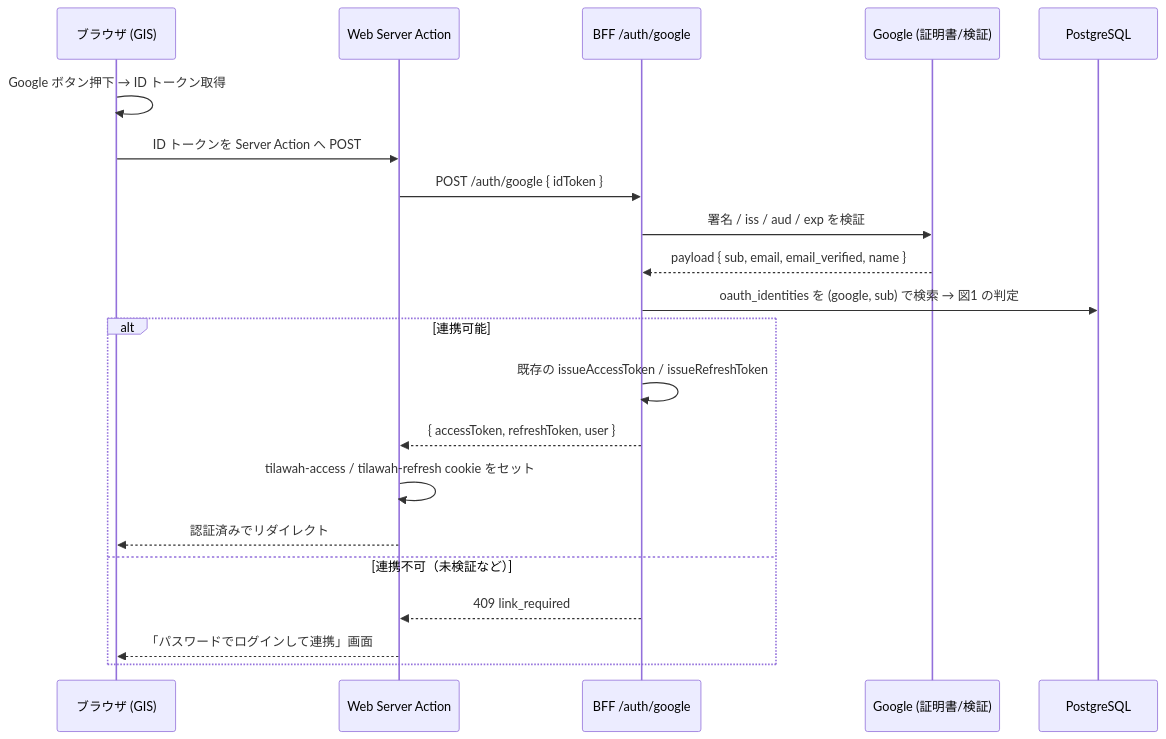
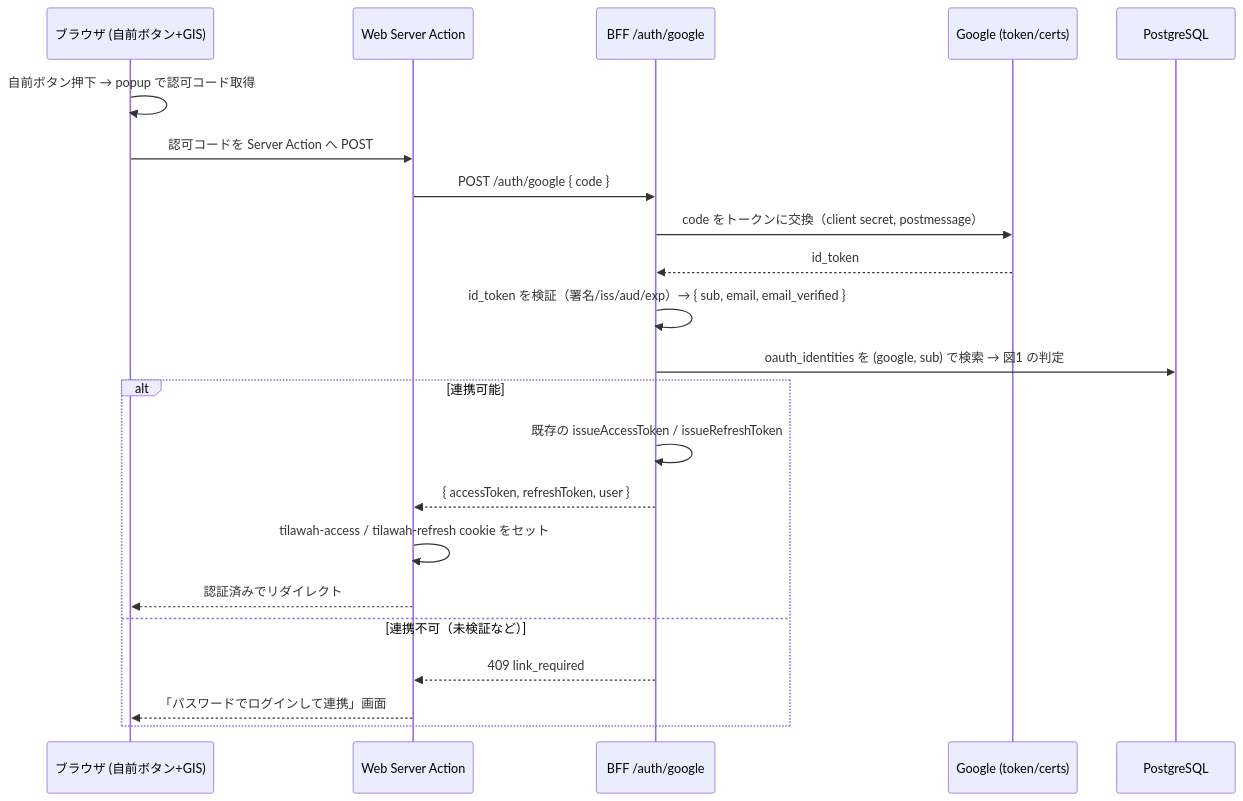
The second of 2 diagrams in docs/dd/google-sign-in-web-2-dd.md (0muji4/quran), drawn with Mermaid before and after one commit. The commit also changed other lines of this file and 8 other files, not shown here.

First line of the commit message:
feat(auth): switch Google sign-in to custom button via OAuth code flow (#511)

````diff
--- a/docs/dd/google-sign-in-web-2-dd.md
+++ b/docs/dd/google-sign-in-web-2-dd.md
@@ -142,24 +146,25 @@
 ```mermaid
 sequenceDiagram
-    participant U as ブラウザ (GIS)
+    participant U as ブラウザ (自前ボタン+GIS)
     participant W as Web Server Action
     participant B as BFF /auth/google
-    participant G as Google (証明書/検証)
+    participant G as Google (token/certs)
     participant DB as PostgreSQL
 
-    U->>U: Google ボタン押下 → ID トークン取得
-    U->>W: ID トークンを Server Action へ POST
-    W->>B: POST /auth/google { idToken }
-    B->>G: 署名 / iss / aud / exp を検証
-    G-->>B: payload { sub, email, email_verified, name }
+    U->>U: 自前ボタン押下 → popup で認可コード取得
+    U->>W: 認可コードを Server Action へ POST
+    W->>B: POST /auth/google { code }
+    B->>G: code をトークンに交換（client secret, postmessage）
+    G-->>B: id_token
+    B->>B: id_token を検証（署名/iss/aud/exp）→ { sub, email, email_verified }
     B->>DB: oauth_identities を (google, sub) で検索 → 図1 の判定
     alt 連携可能
         B->>B: 既存の issueAccessToken / issueRefreshToken
         B-->>W: { accessToken, refreshToken, user }
         W->>W: tilawah-access / tilawah-refresh cookie をセット
         W-->>U: 認証済みでリダイレクト
     else 連携不可（未検証など）
         B-->>W: 409 link_required
         W-->>U: 「パスワードでログインして連携」画面
     end
 ```
````
